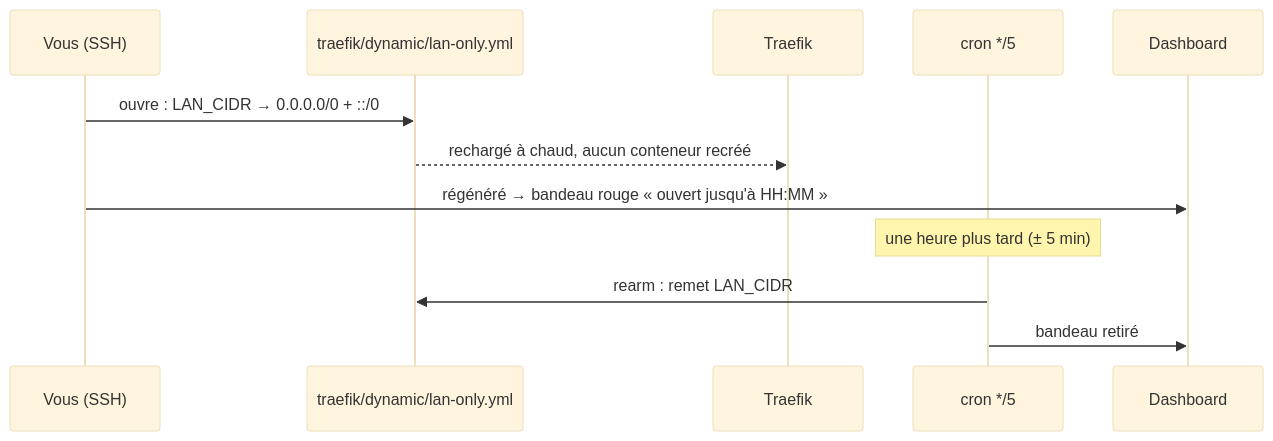
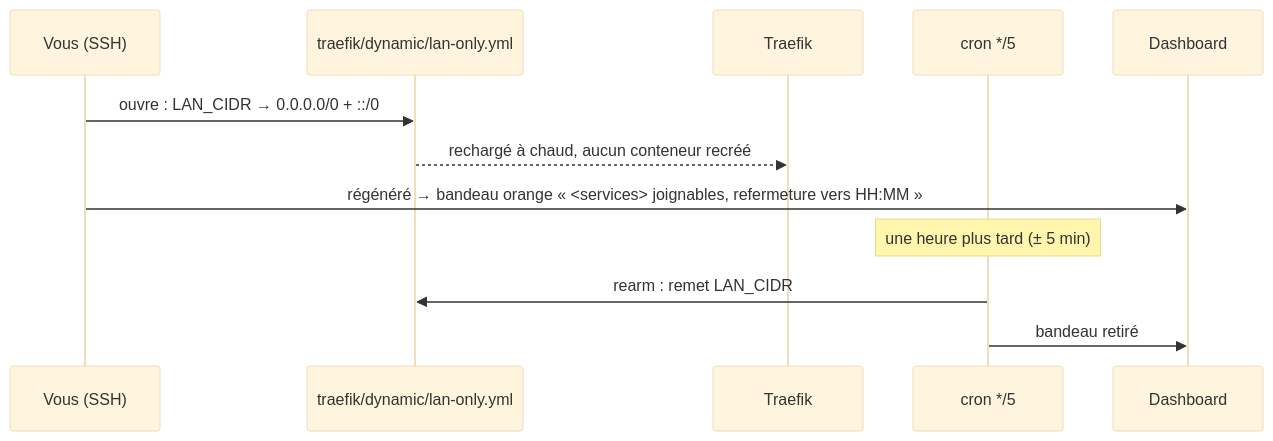
Before and after one commit to nattyebola/home-server-services: the second of 2 diagrams in docs/exploitation.md, drawn with Mermaid (base theme). The commit also changed other lines of this file and 13 other files, not shown here.

````diff
--- a/docs/exploitation.md
+++ b/docs/exploitation.md
@@ -149,14 +154,14 @@
 ```mermaid
 sequenceDiagram
     participant U as Vous (SSH)
     participant F as traefik/dynamic/lan-only.yml
     participant T as Traefik
     participant C as cron */5
     participant D as Dashboard
     U->>F: ouvre : LAN_CIDR → 0.0.0.0/0 + ::/0
     F-->>T: rechargé à chaud, aucun conteneur recréé
-    U->>D: régénéré → bandeau rouge « ouvert jusqu'à HH:MM »
+    U->>D: régénéré → bandeau orange « <services> joignables, refermeture vers HH:MM »
     Note over C: une heure plus tard (± 5 min)
     C->>F: rearm : remet LAN_CIDR
     C->>D: bandeau retiré
 ```
````
